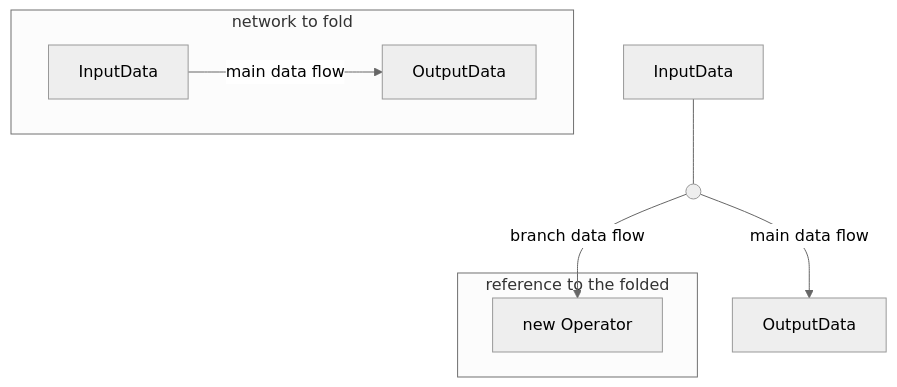
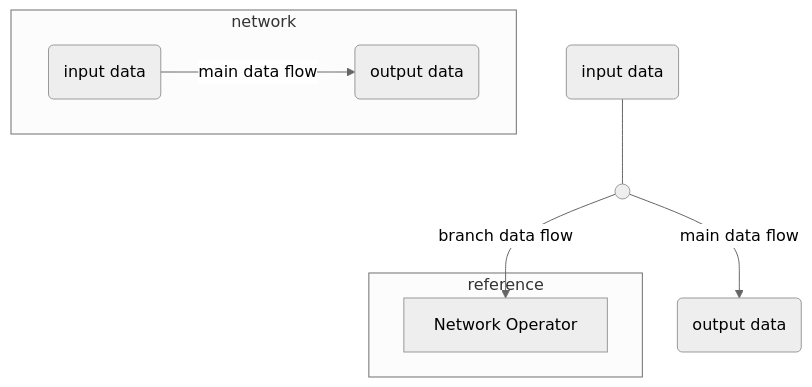
One commit to windwhiterain/Elf changed diagram 12 of 16 in readme.md. Above: the diagram before and after it, drawn with Mermaid (neutral theme). The commit also changed other lines of this file and 2 other files, not shown here.

````diff
--- a/readme.md
+++ b/readme.md
@@ -228,15 +376,15 @@
 ```mermaid
 graph TB
-    subgraph g1[network to fold]
-        in1[InputData]
-        out1[OutputData]
+    subgraph g1[network]
+        in1(input data)
+        out1(output data)
         in1--main data flow-->out1
     end
-    in2[InputData]
-    out2[OutputData]
+    in2(input data)
+    out2(output data)
     in2--- o1(( ))--main data flow-->out2
-    subgraph g3[reference to the folded]
-        op1[new Operator]
+    subgraph g3[reference]
+        op1[Network Operator]
     end
     o1--branch data flow-->op1
 ```
````
